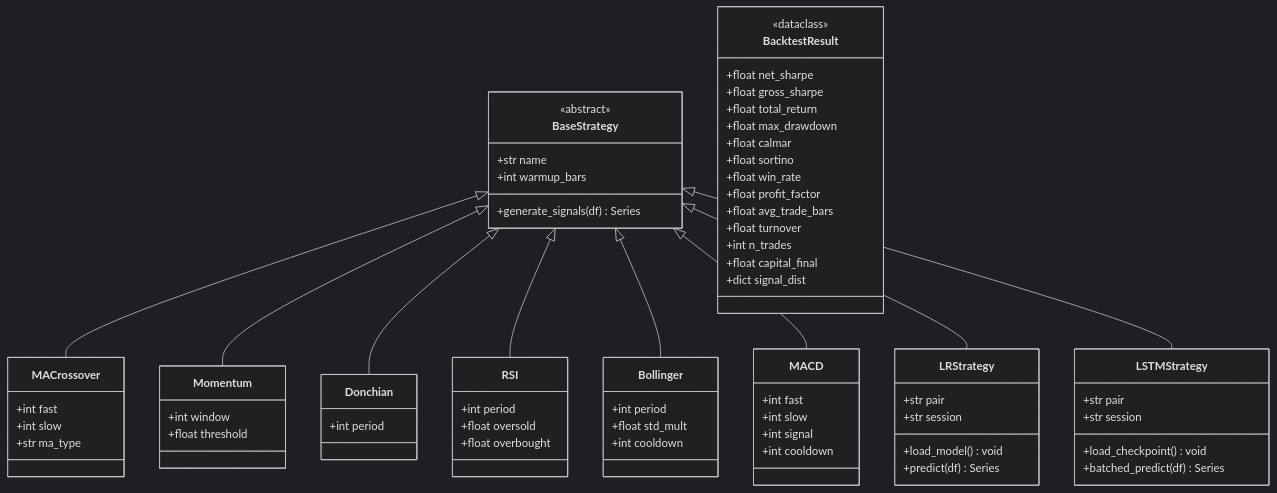
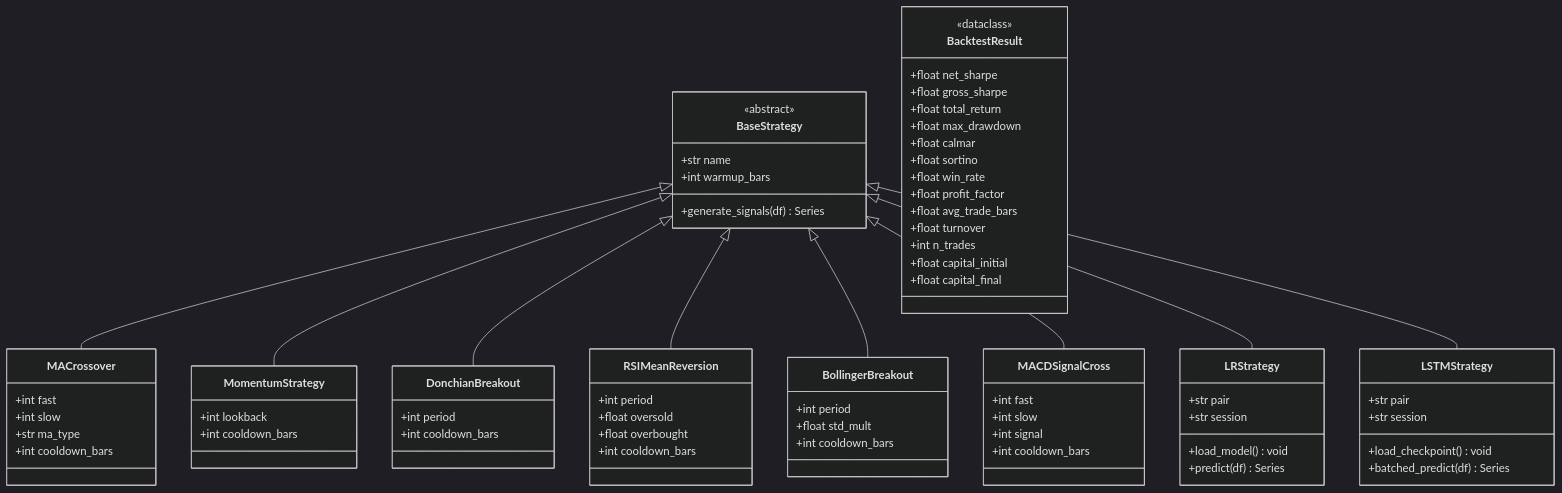
One commit to WA-MIN/forex-algo-trading changed the third of 6 diagrams in ARCHITECTURE.md. Above: the diagram before and after it, drawn with Mermaid (dark theme). The commit also changed other lines of this file and 17 other files, not shown here.

````diff
--- a/ARCHITECTURE.md
+++ b/ARCHITECTURE.md
@@ -88,73 +86,76 @@
 ```mermaid
 classDiagram
   class BaseStrategy {
     <<abstract>>
     +str name
     +int warmup_bars
     +generate_signals(df) Series
   }
   class MACrossover {
     +int fast
     +int slow
     +str ma_type
+    +int cooldown_bars
   }
-  class Momentum {
-    +int window
-    +float threshold
+  class MomentumStrategy {
+    +int lookback
+    +int cooldown_bars
   }
-  class Donchian {
+  class DonchianBreakout {
     +int period
+    +int cooldown_bars
   }
-  class RSI {
+  class RSIMeanReversion {
     +int period
     +float oversold
     +float overbought
+    +int cooldown_bars
   }
-  class Bollinger {
+  class BollingerBreakout {
     +int period
     +float std_mult
-    +int cooldown
+    +int cooldown_bars
   }
-  class MACD {
+  class MACDSignalCross {
     +int fast
     +int slow
     +int signal
-    +int cooldown
+    +int cooldown_bars
   }
   class LRStrategy {
     +str pair
     +str session
     +load_model() void
     +predict(df) Series
   }
   class LSTMStrategy {
     +str pair
     +str session
     +load_checkpoint() void
     +batched_predict(df) Series
   }
   class BacktestResult {
     <<dataclass>>
     +float net_sharpe
     +float gross_sharpe
     +float total_return
     +float max_drawdown
     +float calmar
     +float sortino
     +float win_rate
     +float profit_factor
     +float avg_trade_bars
     +float turnover
     +int n_trades
+    +float capital_initial
     +float capital_final
-    +dict signal_dist
   }
   BaseStrategy <|-- MACrossover
-  BaseStrategy <|-- Momentum
-  BaseStrategy <|-- Donchian
-  BaseStrategy <|-- RSI
-  BaseStrategy <|-- Bollinger
-  BaseStrategy <|-- MACD
+  BaseStrategy <|-- MomentumStrategy
+  BaseStrategy <|-- DonchianBreakout
+  BaseStrategy <|-- RSIMeanReversion
+  BaseStrategy <|-- BollingerBreakout
+  BaseStrategy <|-- MACDSignalCross
   BaseStrategy <|-- LRStrategy
   BaseStrategy <|-- LSTMStrategy
 ```
````
